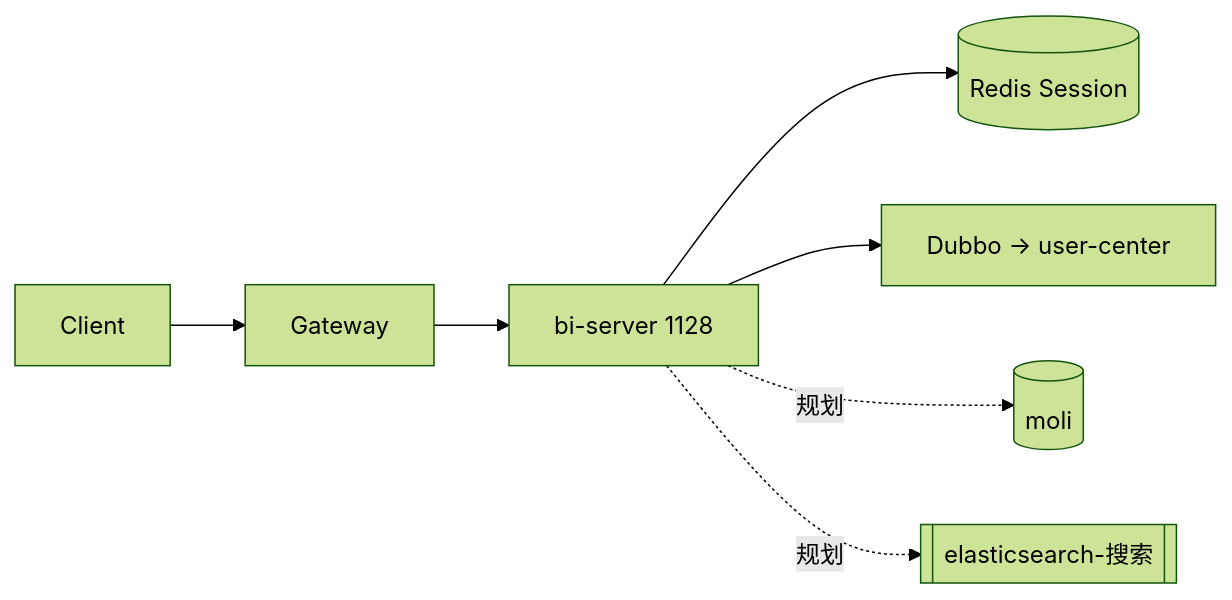
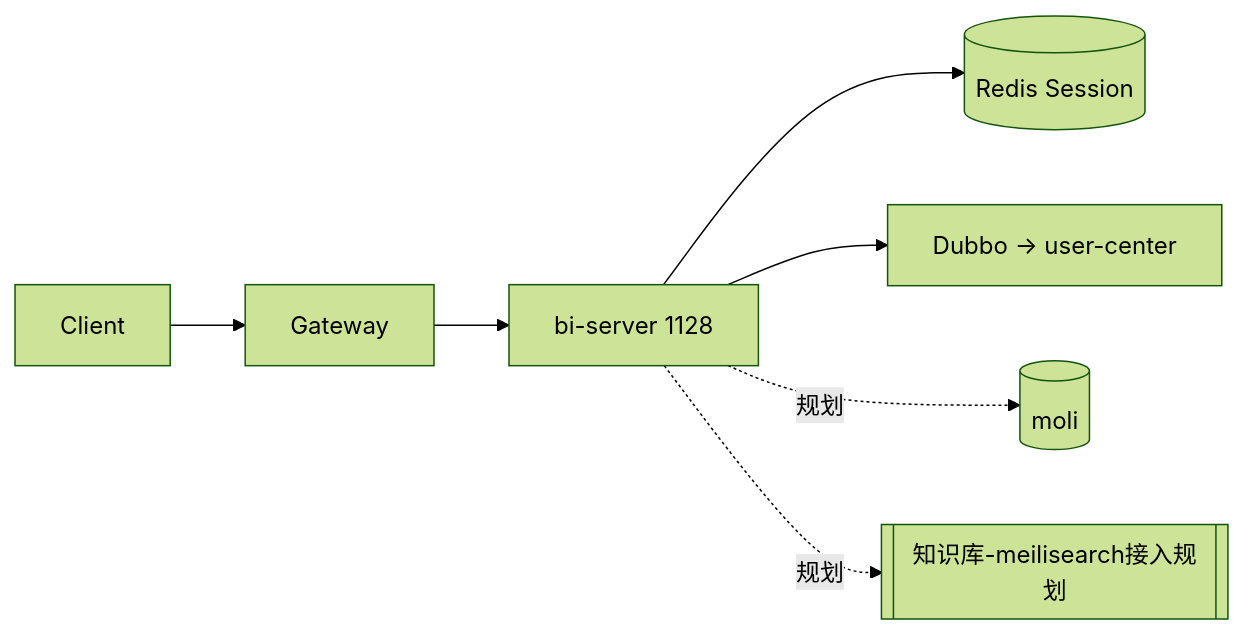
The diagram in moli-knowledge/kb/wiki-moli/develop/bi服务.md (wujinsen/moli-project-distribute), drawn with Mermaid (forest theme) before and after one commit. The commit also changed other lines of this file and 189 other files, not shown here.

````diff
--- a/moli-knowledge/kb/wiki-moli/develop/bi服务.md
+++ b/moli-knowledge/kb/wiki-moli/develop/bi服务.md
@@ -57,9 +59,9 @@
 ```mermaid
 flowchart LR
   Client --> GW[Gateway]
   GW --> BI[bi-server 1128]
   BI --> Redis[(Redis Session)]
   BI --> Dubbo[Dubbo → user-center]
   BI -.->|规划| MySQL[(moli)]
-  BI -.->|规划| ES[[elasticsearch-搜索]]
+  BI -.->|规划| ES[[知识库-meilisearch接入规划]]
 ```
````
